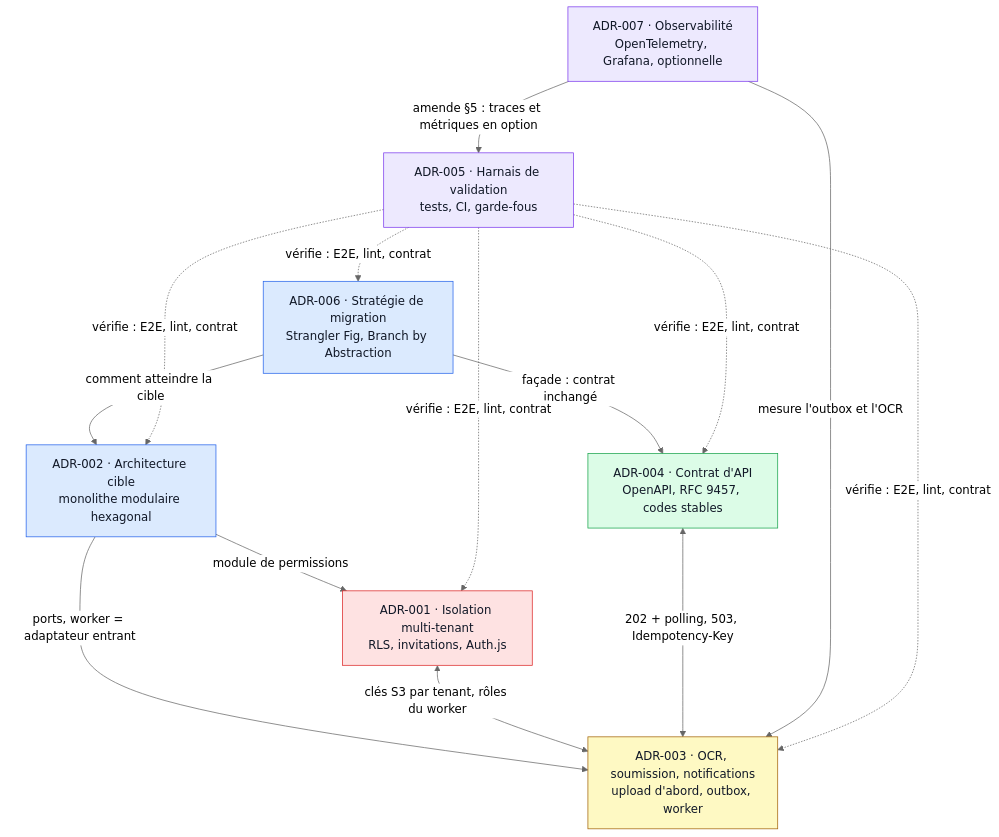
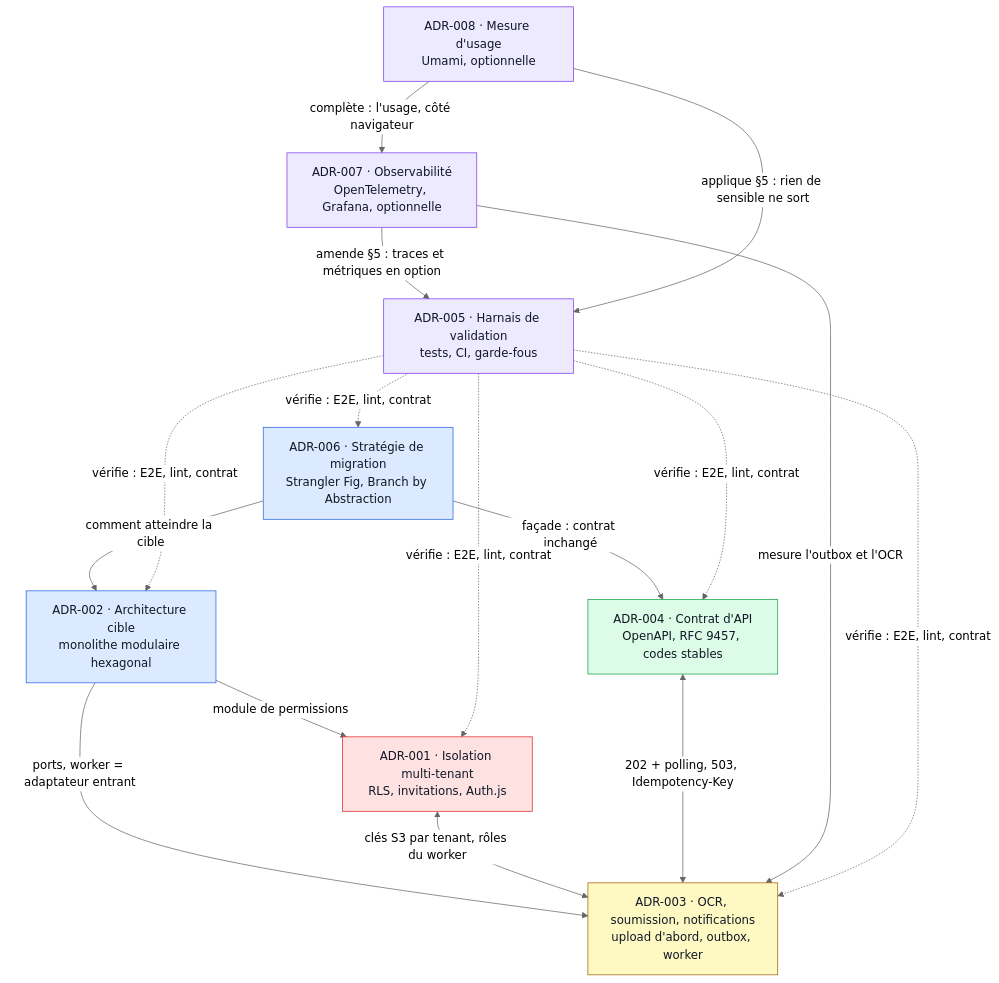
The diagram in docs/architecture/vues/adr.mmd (2-MORGAN/expense-io), drawn with Mermaid (neutral theme) before and after one commit. The commit also changed 20 other files, not shown here.

First line of the commit message:
feat(analytics): mesure d'usage avec Umami, optionnelle (ADR-008)

```diff
--- a/docs/architecture/vues/adr.mmd
+++ b/docs/architecture/vues/adr.mmd
@@ -1,32 +1,35 @@
 flowchart TB
   %% Vue écrite à la main : la modifier ici, npm run generate:architecture la recopie dans docs/index.html.
   %% À tenir à jour avec docs/adr (CLAUDE.md, « Documentation développeur »).
 
   adr5["ADR-005 · Harnais de validation<br/>tests, CI, garde-fous"]
   adr2["ADR-002 · Architecture cible<br/>monolithe modulaire hexagonal"]
   adr1["ADR-001 · Isolation multi-tenant<br/>RLS, invitations, Auth.js"]
   adr3["ADR-003 · OCR, soumission, notifications<br/>upload d'abord, outbox, worker"]
   adr4["ADR-004 · Contrat d'API<br/>OpenAPI, RFC 9457, codes stables"]
   adr6["ADR-006 · Stratégie de migration<br/>Strangler Fig, Branch by Abstraction"]
   adr7["ADR-007 · Observabilité<br/>OpenTelemetry, Grafana, optionnelle"]
+  adr8["ADR-008 · Mesure d'usage<br/>Umami, optionnelle"]
 
   adr2 -->|"module de permissions"| adr1
   adr2 -->|"ports, worker = adaptateur entrant"| adr3
   adr1 <-->|"clés S3 par tenant, rôles du worker"| adr3
   adr4 <-->|"202 + polling, 503, Idempotency-Key"| adr3
   adr6 -->|"comment atteindre la cible"| adr2
   adr6 -->|"façade : contrat inchangé"| adr4
   adr7 -->|"amende §5 : traces et métriques en option"| adr5
   adr7 -->|"mesure l'outbox et l'OCR"| adr3
+  adr8 -->|"complète : l'usage, côté navigateur"| adr7
+  adr8 -->|"applique §5 : rien de sensible ne sort"| adr5
   adr5 -.->|"vérifie : E2E, lint, contrat"| adr1 & adr2 & adr3 & adr4 & adr6
 
   classDef securite fill:#fee2e2,stroke:#dc2626,color:#111827
   classDef archi fill:#dbeafe,stroke:#2563eb,color:#111827
   classDef asynchrone fill:#fef9c3,stroke:#a16207,color:#111827
   classDef api fill:#dcfce7,stroke:#16a34a,color:#111827
   classDef qualite fill:#ede9fe,stroke:#7c3aed,color:#111827
   class adr1 securite
   class adr2,adr6 archi
   class adr3 asynchrone
   class adr4 api
-  class adr5,adr7 qualite
+  class adr5,adr7,adr8 qualite
```
